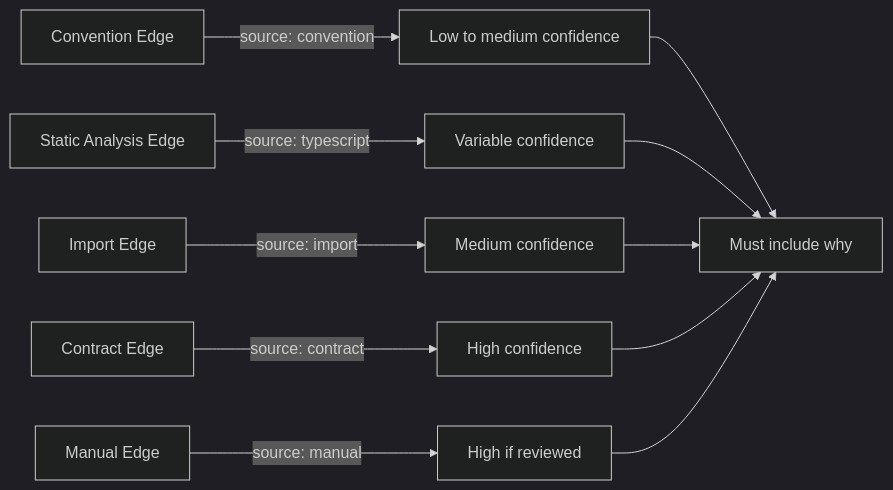
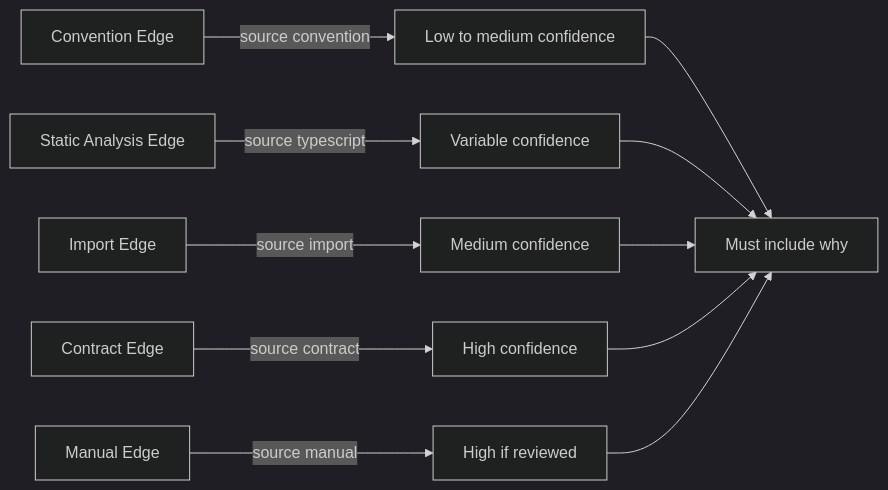
Before and after one commit to byronwade/NeedleStart: the fourth of 10 diagrams in docs/app-graph-visual.md, drawn with Mermaid (dark theme). The commit also changed other lines of this file, not shown here.

Commit message:
docs: harden Mermaid app graph diagrams

````diff
--- a/docs/app-graph-visual.md
+++ b/docs/app-graph-visual.md
@@ -175,20 +175,20 @@
 ```mermaid
 flowchart LR
   Import[Import Edge]
   Contract[Contract Edge]
   Convention[Convention Edge]
   StaticAnalysis[Static Analysis Edge]
   Manual[Manual Edge]
 
-  Import -->|source: import| Medium[Medium confidence]
-  Contract -->|source: contract| High[High confidence]
-  Convention -->|source: convention| LowMedium[Low to medium confidence]
-  StaticAnalysis -->|source: typescript| Variable[Variable confidence]
-  Manual -->|source: manual| HighReview[High if reviewed]
+  Import -->|source import| Medium[Medium confidence]
+  Contract -->|source contract| High[High confidence]
+  Convention -->|source convention| LowMedium[Low to medium confidence]
+  StaticAnalysis -->|source typescript| Variable[Variable confidence]
+  Manual -->|source manual| HighReview[High if reviewed]
 
   LowMedium --> NeedsWhy[Must include why]
   Variable --> NeedsWhy
   Medium --> NeedsWhy
   High --> NeedsWhy
   HighReview --> NeedsWhy
 ```
````
